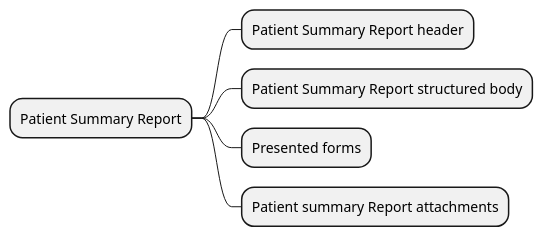
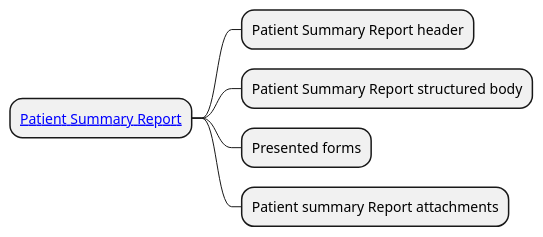
Before and after one commit to Xt-EHR/xt-ehr-common: the diagram in input/images-source/PsReport_CIM.plantuml, drawn with PlantUML. The commit also changed 12 other files, not shown here.

```diff
--- a/input/images-source/PsReport_CIM.plantuml
+++ b/input/images-source/PsReport_CIM.plantuml
@@ -1,7 +1,8 @@
 @startmindmap
-* Patient Summary Report
+skinparam topurl StructureDefinition-
+* [[EHDSPatientSummary.html Patient Summary Report]]
 ** Patient Summary Report header
 ** Patient Summary Report structured body
 ** Presented forms
 ** Patient summary Report attachments
 @endmindmap
```
